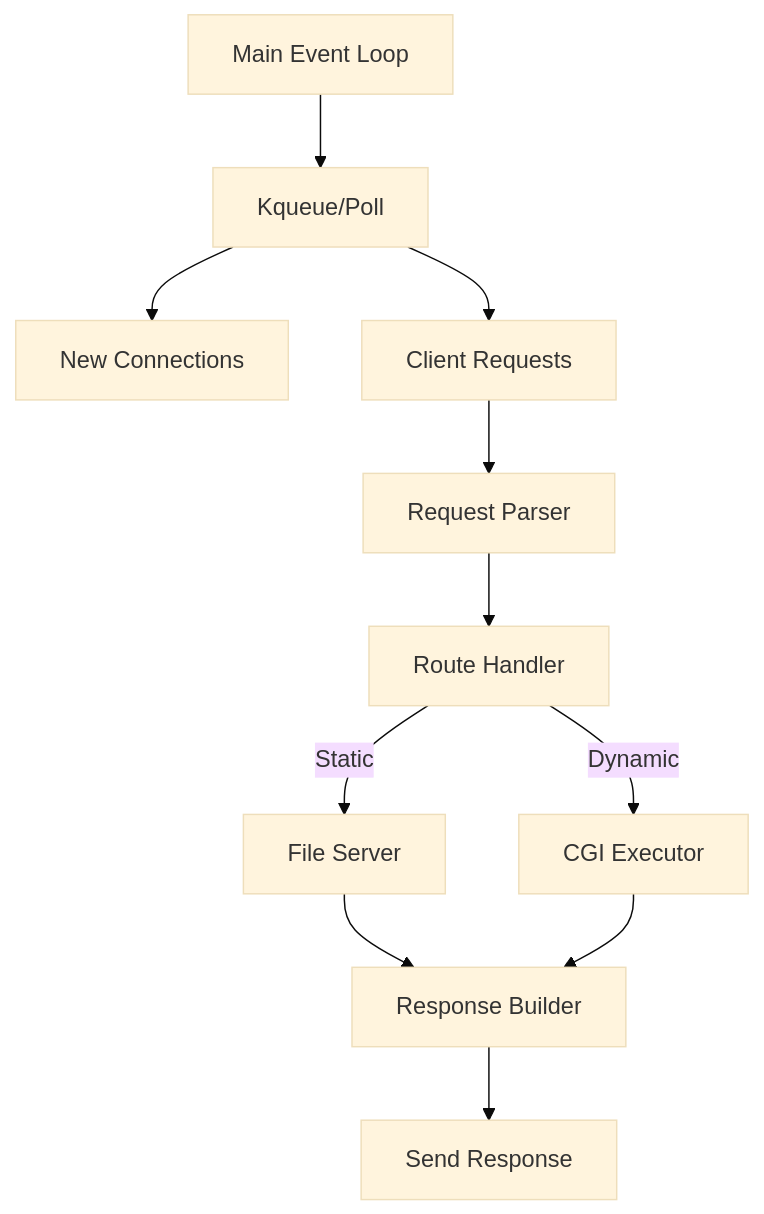
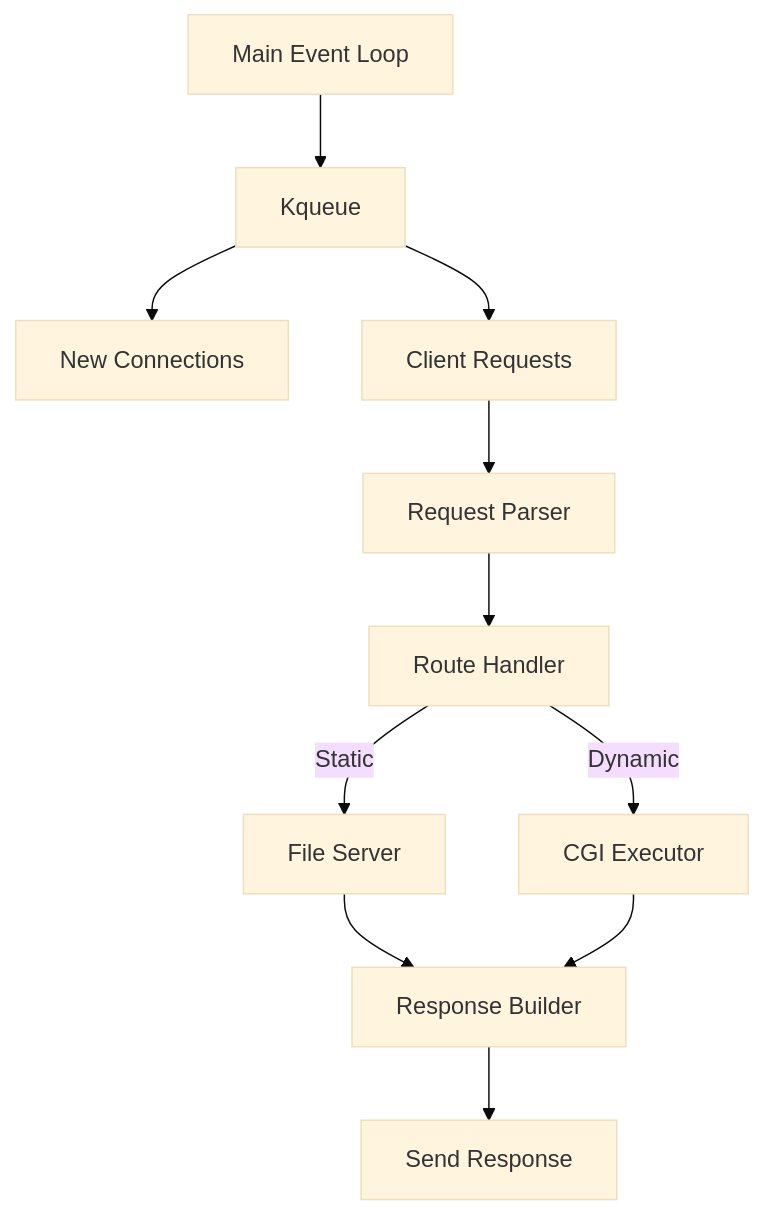
One commit to momari-42/webserv changed the diagram in README.md. Above: the diagram before and after it, drawn with Mermaid (base theme).

````diff
--- a/README.md
+++ b/README.md
@@ -101,13 +101,13 @@
 ```mermaid
 graph TD
-    A[Main Event Loop] --> B[Kqueue/Poll]
+    A[Main Event Loop] --> B[Kqueue]
     B --> C[New Connections]
     B --> D[Client Requests]
     D --> E[Request Parser]
     E --> F[Route Handler]
     F -->|Static| G[File Server]
     F -->|Dynamic| H[CGI Executor]
     G --> I[Response Builder]
     H --> I
     I --> J[Send Response]
 ```
````
